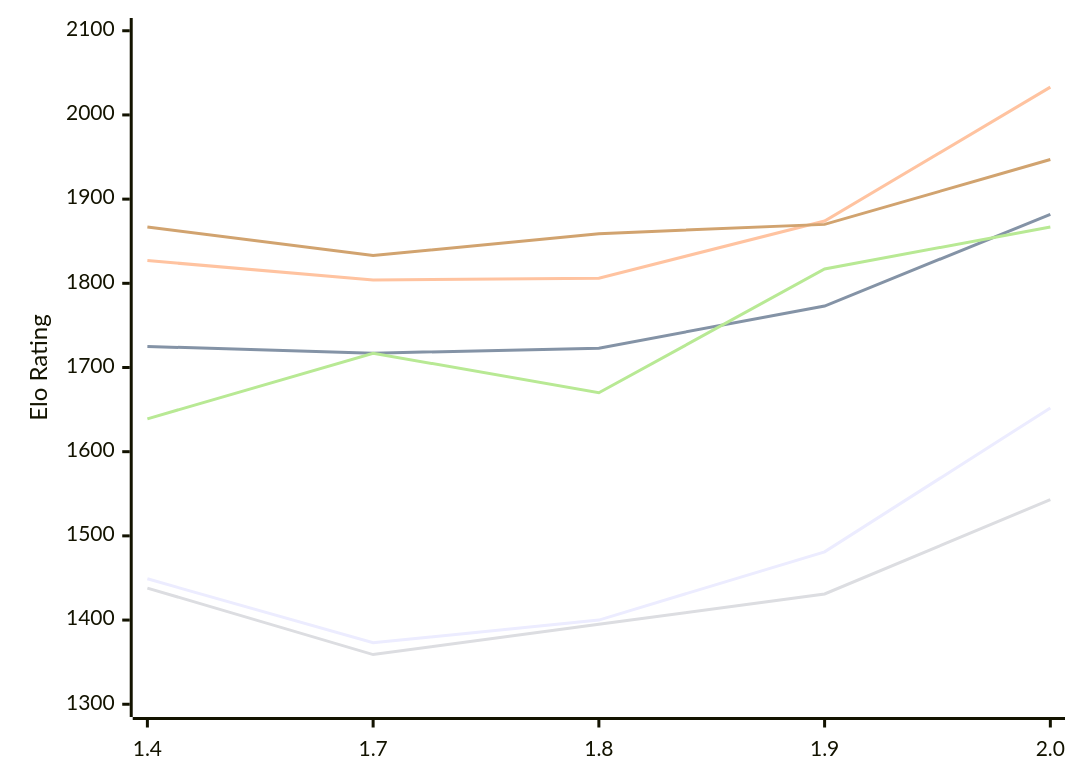
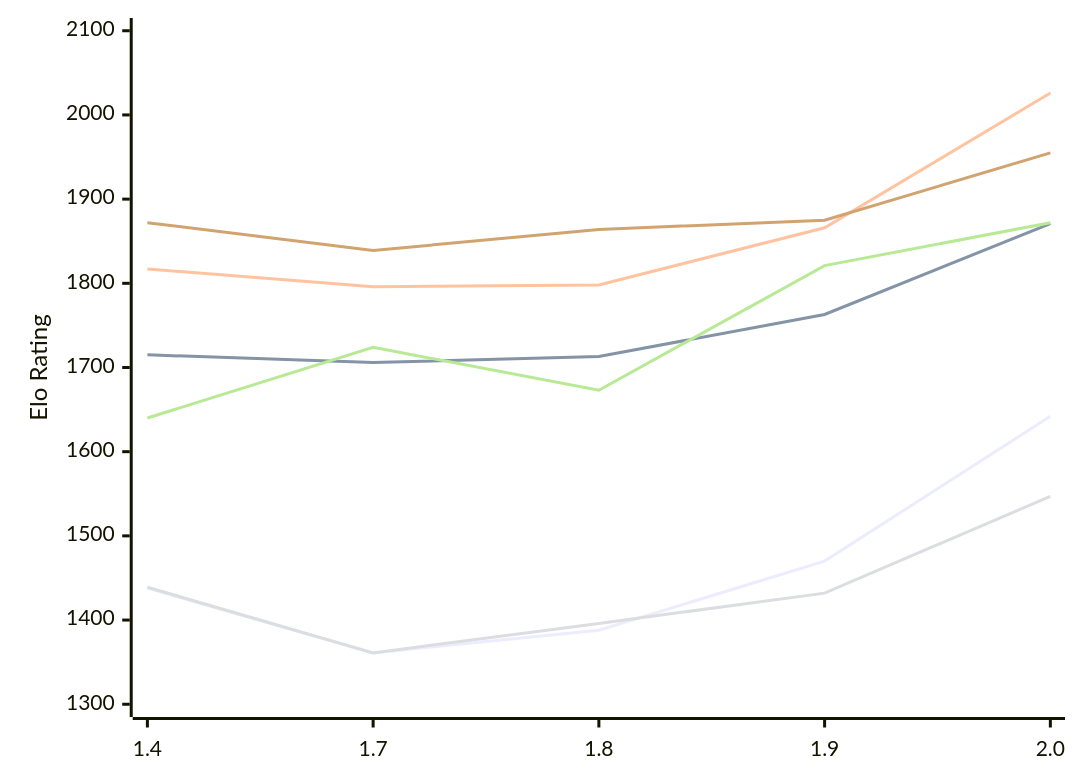
Before and after one commit to computer-chess-index/cci: the diagram in engines/Russell.md, drawn with Mermaid. The commit also changed other lines of this file, not shown here.

Commit message:
Update CCI Ratings (ELO VLTC) - 2026-11-18

````diff
--- a/engines/Russell.md
+++ b/engines/Russell.md
@@ -55,12 +55,12 @@
 ```mermaid
 %%{init: {"theme":"base","themeVariables":{"seriesColors:['#a3a3a3','#222221','#faa371']}}}%%
 xychart-beta
   x-axis ["1.4", "1.7", "1.8", "1.9", "2.0"]
   y-axis "Elo Rating" 1300 --> 2100
-  line "E1: STC (8.0+0.08s)" [1449, 1373, 1400, 1481, 1652]
-  line "E1: LTC (60.0+0.60s)" [1725, 1717, 1723, 1773, 1882]
-  line "E1: VLTC (2m24s+1.12s)" [1827, 1804, 1806, 1874, 2033]
-  line "P1: STC (8.0+0.08s)" [1438, 1359, 1395, 1431, 1543]
-  line "P1: LTC (60.0+0.60s)" [1639, 1717, 1670, 1817, 1867]
-  line "P1: VLTC (2m24s+1.12s)" [1867, 1833, 1859, 1870, 1947]
+  line "E1: STC (8.0+0.08s)" [1438, 1361, 1388, 1470, 1642]
+  line "E1: LTC (60.0+0.60s)" [1715, 1706, 1713, 1763, 1871]
+  line "E1: VLTC (2m24s+1.12s)" [1817, 1796, 1798, 1866, 2026]
+  line "P1: STC (8.0+0.08s)" [1439, 1361, 1396, 1432, 1547]
+  line "P1: LTC (60.0+0.60s)" [1640, 1724, 1673, 1821, 1872]
+  line "P1: VLTC (2m24s+1.12s)" [1872, 1839, 1864, 1875, 1955]
 ```
````
